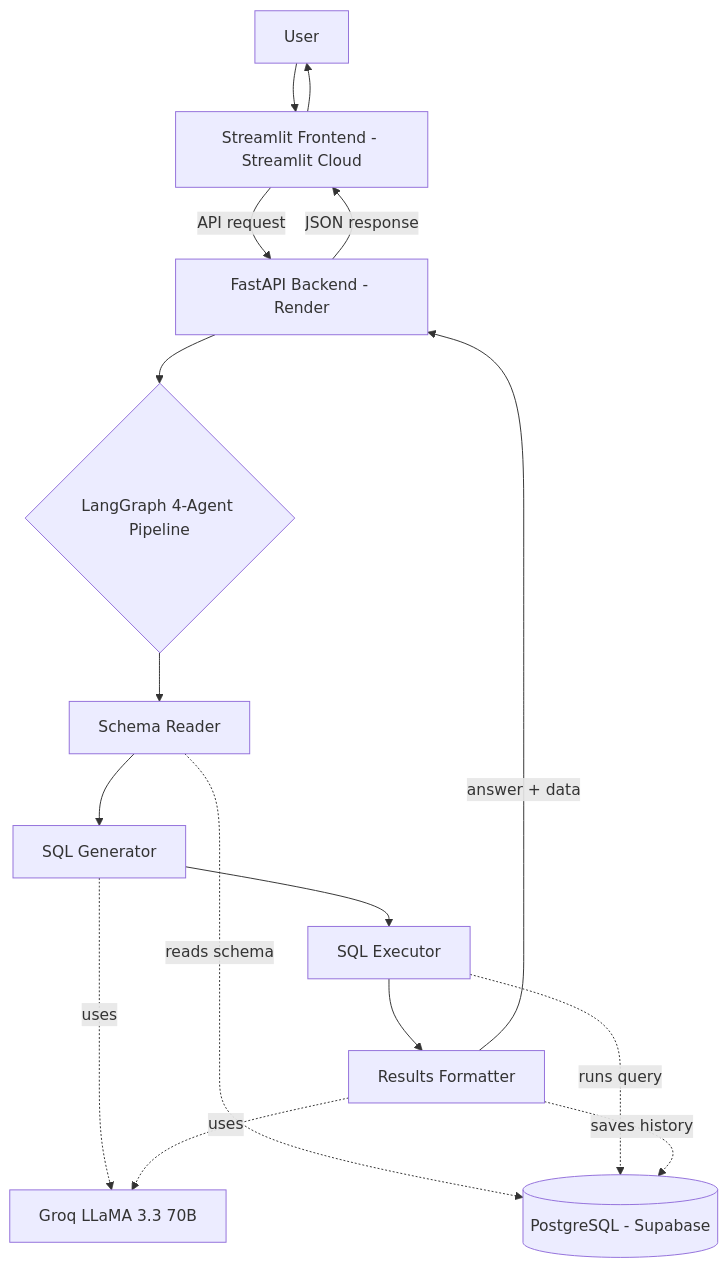
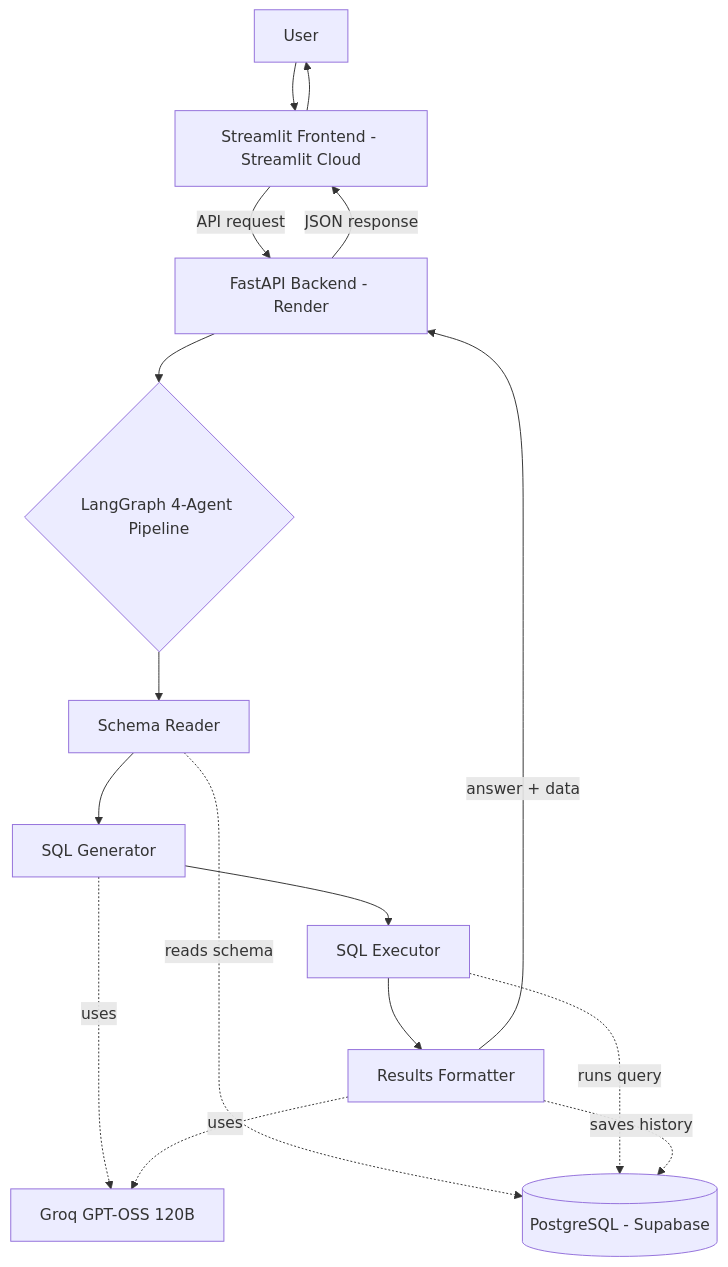
One commit to Murtaza-data/datamind-ai changed the diagram in README.md. Above: the diagram before and after it, drawn with Mermaid. The commit also changed other lines of this file, not shown here.

````diff
--- a/README.md
+++ b/README.md
@@ -18,18 +18,18 @@
 ```mermaid
 flowchart TD
     U[User] --> F[Streamlit Frontend - Streamlit Cloud]
     F -->|API request| B[FastAPI Backend - Render]
     B --> P{LangGraph 4-Agent Pipeline}
     P --> A1[Schema Reader]
     A1 --> A2[SQL Generator]
     A2 --> A3[SQL Executor]
     A3 --> A4[Results Formatter]
     A1 -.reads schema.-> DB[(PostgreSQL - Supabase)]
-    A2 -.uses.-> LLM[Groq LLaMA 3.3 70B]
+    A2 -.uses.-> LLM[Groq GPT-OSS 120B]
     A3 -.runs query.-> DB
     A4 -.uses.-> LLM
     A4 -.saves history.-> DB
     A4 -->|answer + data| B
     B -->|JSON response| F
     F --> U
 ```
````
